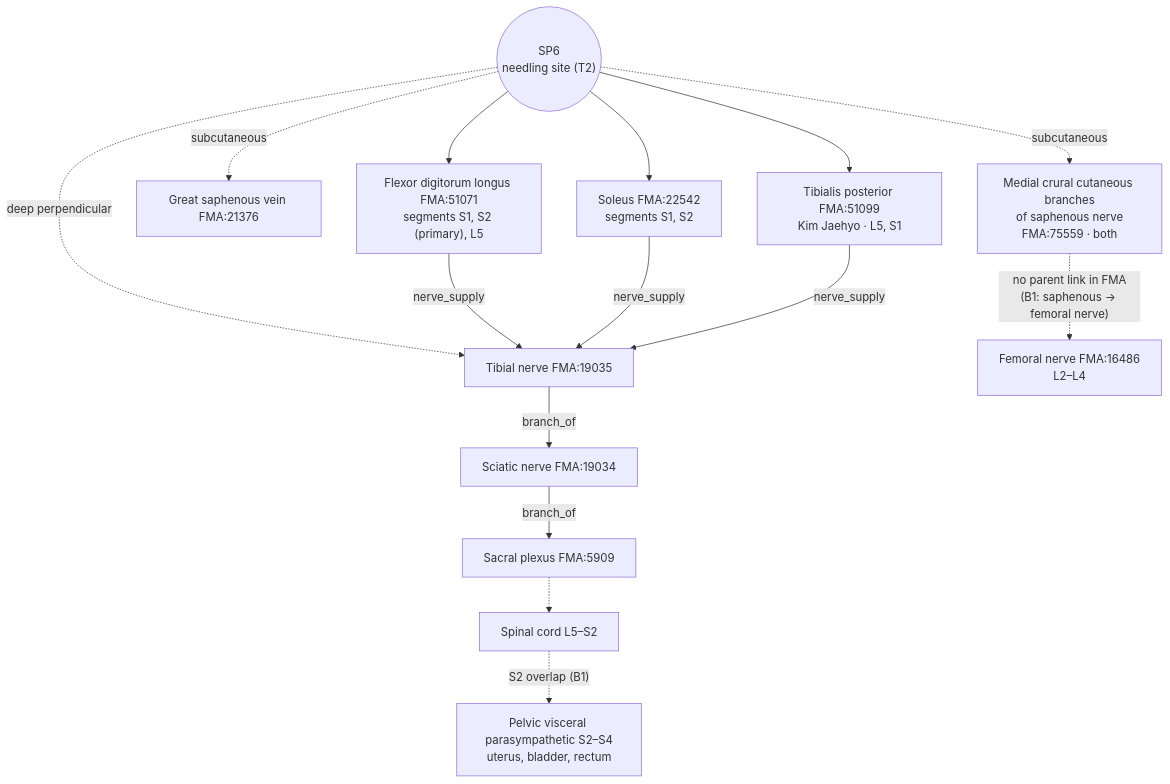
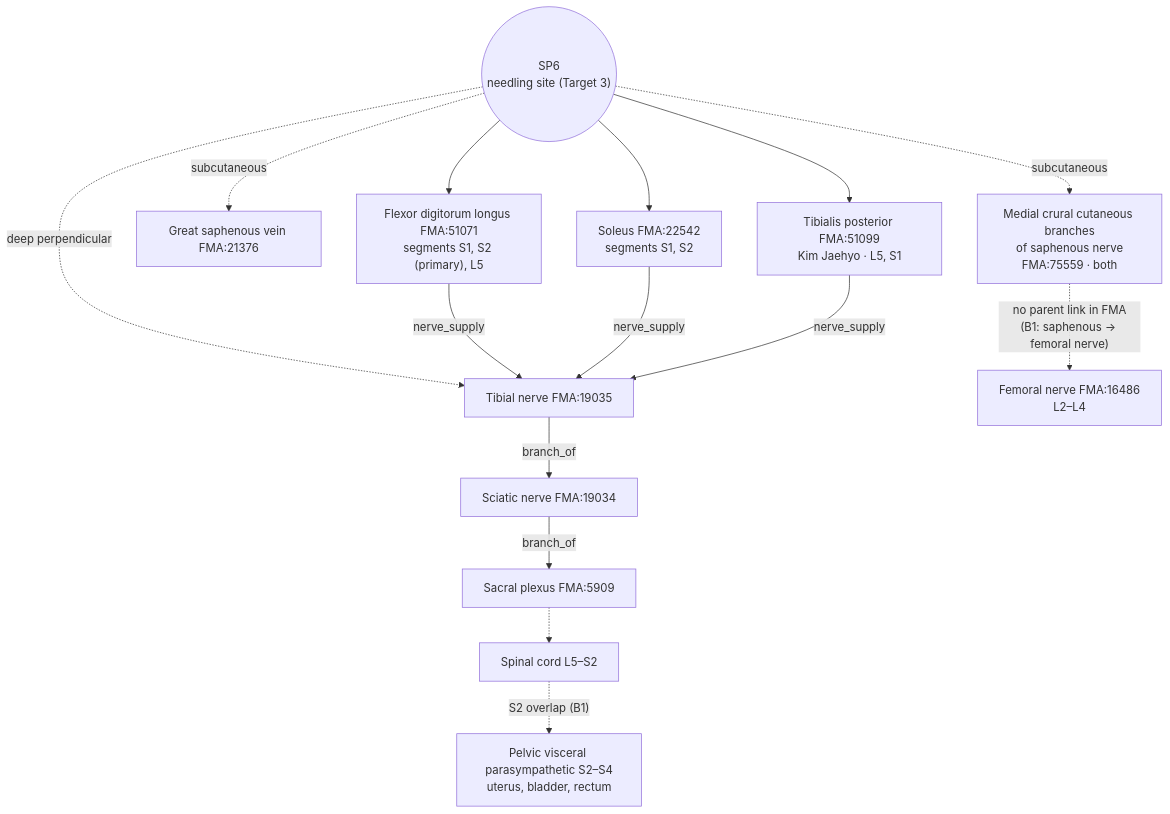
The diagram in 01_경혈별_해부생리_분석보고서/SP_족태음비경/SP06_삼음교/SP06_삼음교_해부생리_실체판명_보고서_en.md (jaehyokim-sketch/acupoint_anatomy), drawn with Mermaid before and after one commit. The commit also changed other lines of this file and 60 other files, not shown here.

````diff
--- a/01_경혈별_해부생리_분석보고서/SP_족태음비경/SP06_삼음교/SP06_삼음교_해부생리_실체판명_보고서_en.md
+++ b/01_경혈별_해부생리_분석보고서/SP_족태음비경/SP06_삼음교/SP06_삼음교_해부생리_실체판명_보고서_en.md
@@ -170,17 +205,17 @@
 ```mermaid
 flowchart TB
-  P(("SP6<br/>needling site (T2)")) -.subcutaneous.-> MCB["Medial crural cutaneous branches<br/>of saphenous nerve<br/>FMA:75559 · both"]
+  P(("SP6<br/>needling site (Target 3)")) -.subcutaneous.-> MCB["Medial crural cutaneous branches<br/>of saphenous nerve<br/>FMA:75559 · both"]
   P -.subcutaneous.-> GSV["Great saphenous vein FMA:21376"]
   P --> SOL["Soleus FMA:22542<br/>segments S1, S2"]
   P --> FDL["Flexor digitorum longus FMA:51071<br/>segments S1, S2 (primary), L5"]
   P --> TP["Tibialis posterior FMA:51099<br/>Kim Jaehyo · L5, S1"]
   P -.deep perpendicular.-> TN["Tibial nerve FMA:19035"]
   FDL -- nerve_supply --> TN
   SOL -- nerve_supply --> TN
   TP -- nerve_supply --> TN
   TN -- branch_of --> SCI["Sciatic nerve FMA:19034"]
   SCI -- branch_of --> SAC["Sacral plexus FMA:5909"]
   MCB -. "no parent link in FMA<br/>(B1: saphenous → femoral nerve)" .-> FEM["Femoral nerve FMA:16486<br/>L2–L4"]
   SAC -.-> SEG["Spinal cord L5–S2"]
   SEG -. "S2 overlap (B1)" .-> PEL["Pelvic visceral parasympathetic S2–S4<br/>uterus, bladder, rectum"]
 ```
````
